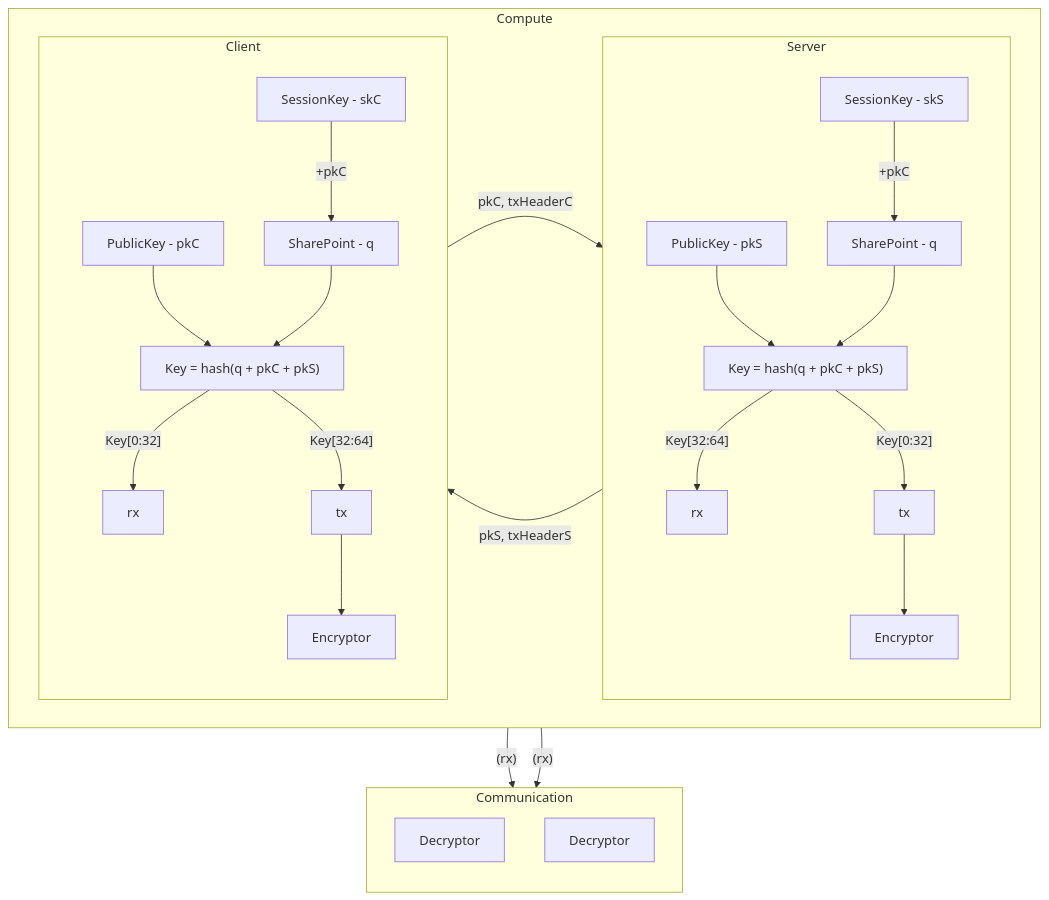
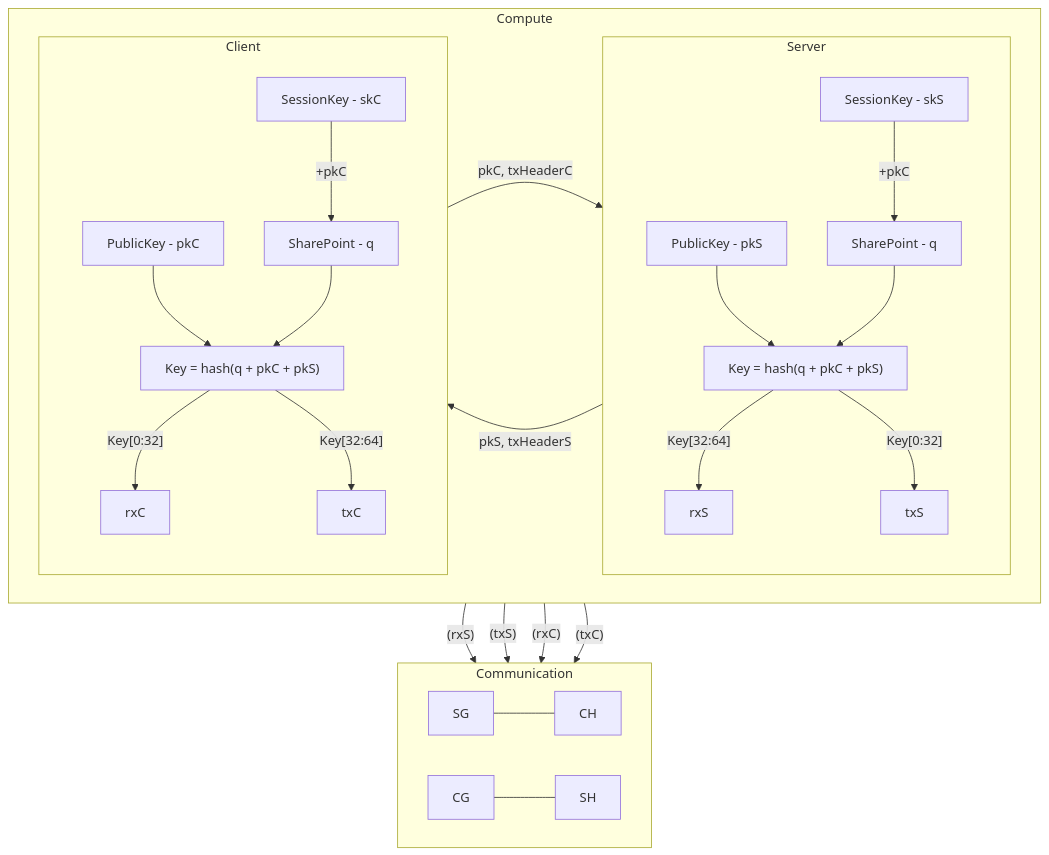
One commit to Alonza0314/SSL-TLS-OpenZiti-Encryption-Study changed the second of 2 diagrams in simulation/README.md. Above: the diagram before and after it, drawn with Mermaid.

Commit message:
update via git

````diff
--- a/simulation/README.md
+++ b/simulation/README.md
@@ -20,35 +20,39 @@
 ```mermaid
 graph TB
     subgraph Compute
         direction LR
 
         subgraph Server
             direction TB
             SA[SessionKey - skS] -->|+pkC| SC[SharePoint - q]
             SB[PublicKey - pkS] --> SD["Key = hash(q + pkC + pkS)"]
             SC --> SD
-            SD -->|"Key[32:64]"| SE[rx]
-            SD -->|"Key[0:32]"| SF[tx]
-            SF --> SH[Encryptor]
+            SD -->|"Key[32:64]"| SE[rxS]
+            SD -->|"Key[0:32]"| SF[txS]
         end
 
         subgraph Client
             direction TB
             CA[SessionKey - skC] -->|+pkC| CC[SharePoint - q]
             CB[PublicKey - pkC] --> CD["Key = hash(q + pkC + pkS)"]
             CC --> CD
-            CD -->|"Key[0:32]"| CE[rx]
-            CD -->|"Key[32:64]"| CF[tx]
-            CF --> CH[Encryptor]
+            CD -->|"Key[0:32]"| CE[rxC]
+            CD -->|"Key[32:64]"| CF[txC]
         end
 
         Server -->|pkS, txHeaderS| Client
         Client -->|pkC, txHeaderC| Server
     end
 
     subgraph Communication
-        direction TB
-        Server --> |"(rx)"| SG[Decryptor]
-        Client --> |"(rx)"| CG[Decryptor]
+        direction LR
+        
+        SG --- CH
+        CG --- SH
     end
+
+    Server --> |"(rxS)"| Communication
+    Server --> |"(txS)"| Communication
+    Client --> |"(rxC)"| Communication
+    Client --> |"(txC)"| Communication
 ```
````
